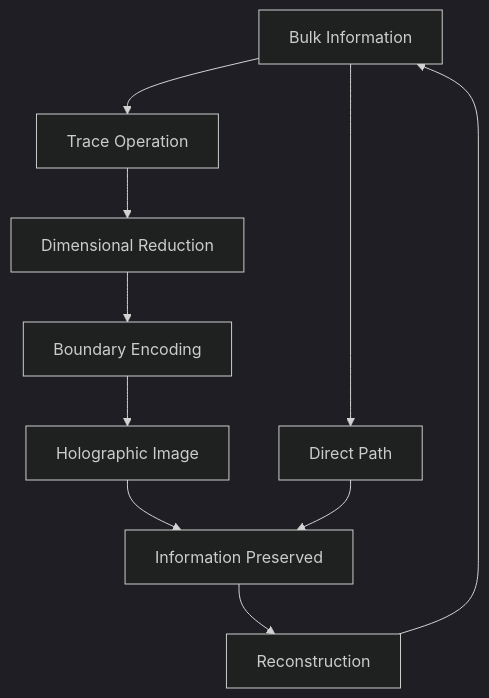
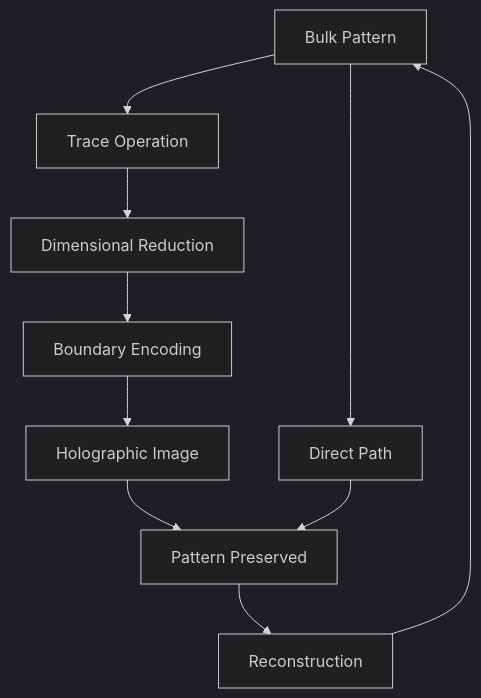
The first of 2 diagrams in docs/psi-structum/book-1-collapse-ontology/part-02-golden-trace-spectral/chapter-026-tensor-trace-holography.md (loning/the-phys), drawn with Mermaid (dark theme) before and after one commit. The commit also changed other lines of this file and 20 other files, not shown here.

````diff
--- a/docs/psi-structum/book-1-collapse-ontology/part-02-golden-trace-spectral/chapter-026-tensor-trace-holography.md
+++ b/docs/psi-structum/book-1-collapse-ontology/part-02-golden-trace-spectral/chapter-026-tensor-trace-holography.md
@@ -86,12 +88,12 @@
 ```mermaid
 graph TD
-    A[Bulk Information] --> B[Trace Operation]
+    A[Bulk Pattern] --> B[Trace Operation]
     B --> C[Dimensional Reduction]
     C --> D[Boundary Encoding]
     D --> E[Holographic Image]
-    E --> F[Information Preserved]
+    E --> F[Pattern Preserved]
     A --> G[Direct Path]
     G --> F
     F --> H[Reconstruction]
     H --> A
 ```
````
